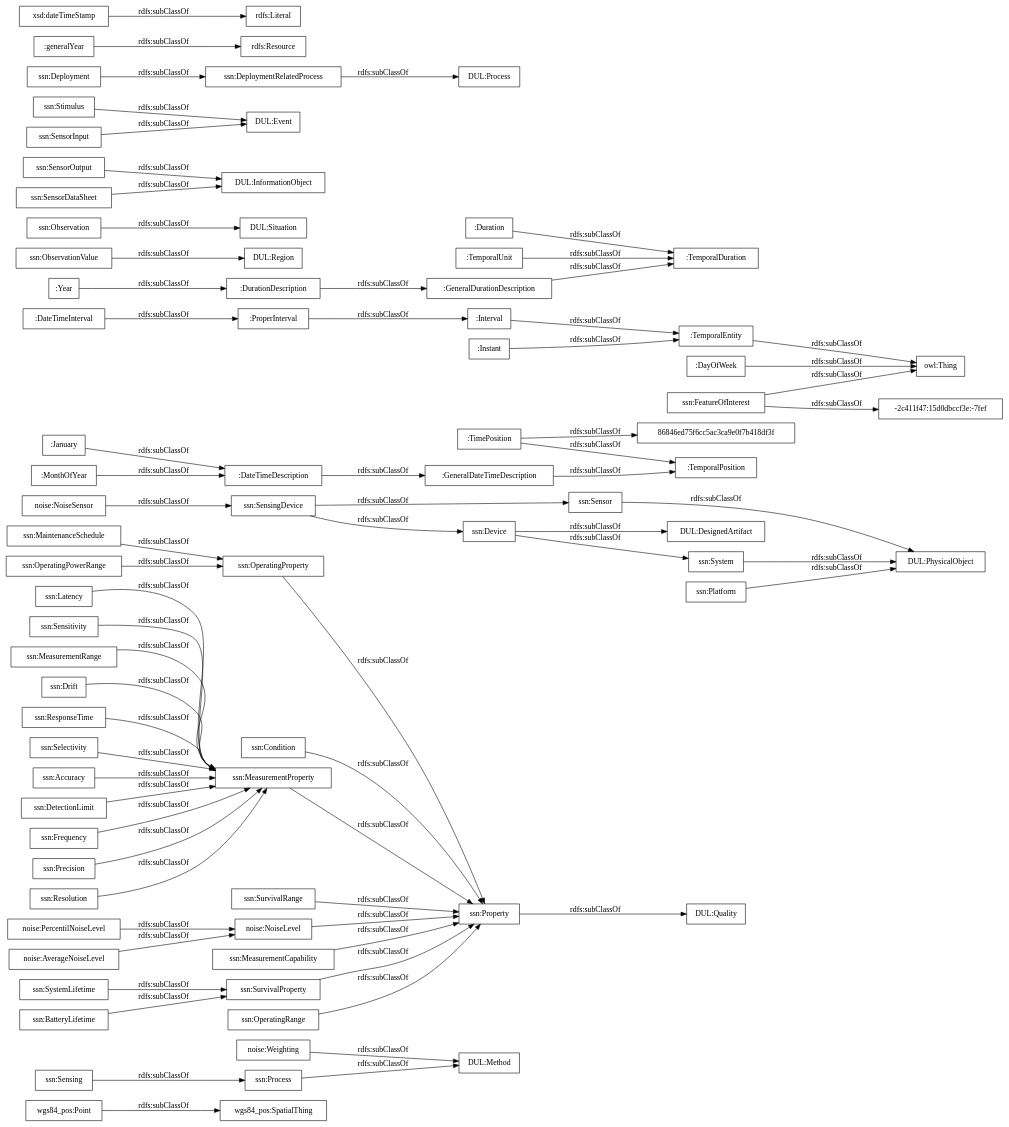
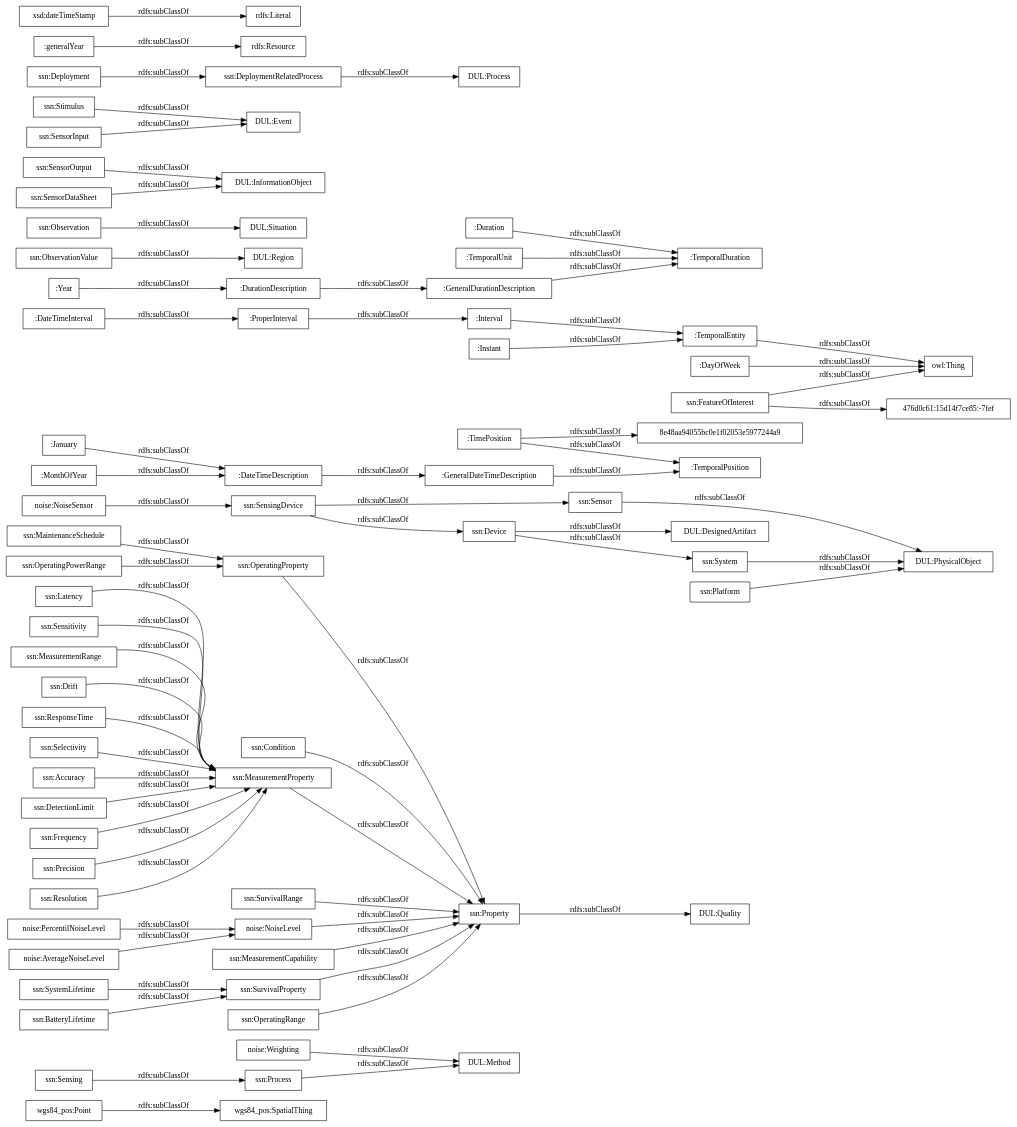
The diagram in OnToology/contaminacion-acustica.owl/diagrams/ar2dtool-taxonomy/contaminacion-acustica.owl.png.dot (opencitydata/vocab-medio-ambiente-contaminacion-acustica), drawn with Graphviz before and after one commit. The commit also changed 11 other files, not shown here.

```diff
--- a/OnToology/contaminacion-acustica.owl/diagrams/ar2dtool-taxonomy/contaminacion-acustica.owl.png.dot
+++ b/OnToology/contaminacion-acustica.owl/diagrams/ar2dtool-taxonomy/contaminacion-acustica.owl.png.dot
@@ -1,73 +1,73 @@
 digraph ar2dtool_diagram { 
 rankdir=LR;
 size="1000"
-node [shape = rectangle, color="black"]; "wgs84_pos:SpatialThing" "wgs84_pos:Point" "noise:Weighting" "noise:PercentilNoiseLevel" "noise:NoiseSensor" "noise:NoiseLevel" "noise:AverageNoiseLevel" ":GeneralDateTimeDescription" ":DateTimeInterval" ":DurationDescription" ":TemporalDuration" ":Duration" ":GeneralDurationDescription" ":January" ":ProperInterval" ":TimePosition" ":TemporalPosition" ":Interval" ":TemporalEntity" "86846ed75f6cc5ac3ca9e0f7b418df3f" ":Year" ":MonthOfYear" ":DateTimeDescription" ":TemporalUnit" ":Instant" ":DayOfWeek" "ssn:Accuracy" "ssn:DetectionLimit" "ssn:Frequency" "ssn:Condition" "DUL:Region" "DUL:Situation" "DUL:PhysicalObject" "ssn:SensorOutput" "-2c411f47:15d0dbccf3e:-7fef" "ssn:Precision" "ssn:Resolution" "DUL:Quality" "ssn:FeatureOfInterest" "ssn:Sensor" "DUL:InformationObject" "ssn:OperatingProperty" "DUL:Event" "ssn:OperatingPowerRange" "DUL:Method" "ssn:MaintenanceSchedule" "ssn:Sensing" "ssn:Latency" "ssn:SurvivalRange" "ssn:SensingDevice" "DUL:DesignedArtifact" "ssn:Sensitivity" "ssn:Stimulus" "DUL:Process" "ssn:MeasurementRange" "ssn:System" "ssn:SystemLifetime" "ssn:Property" "ssn:MeasurementProperty" "ssn:Process" "ssn:Deployment" "ssn:MeasurementCapability" "ssn:BatteryLifetime" "ssn:Drift" "ssn:DeploymentRelatedProcess" "ssn:SensorInput" "ssn:ResponseTime" "ssn:ObservationValue" "ssn:SensorDataSheet" "ssn:Observation" "ssn:Selectivity" "ssn:SurvivalProperty" "ssn:Device" "ssn:OperatingRange" "ssn:Platform" ; /*classes style*/
+node [shape = rectangle, color="black"]; "wgs84_pos:SpatialThing" "wgs84_pos:Point" "noise:Weighting" "noise:PercentilNoiseLevel" "noise:NoiseSensor" "noise:NoiseLevel" "noise:AverageNoiseLevel" ":GeneralDateTimeDescription" ":DateTimeInterval" ":DurationDescription" "8e48aa94055bc0e1f02053e5977244a9" ":TemporalDuration" ":Duration" ":GeneralDurationDescription" ":January" ":ProperInterval" ":TimePosition" ":TemporalPosition" ":Interval" ":TemporalEntity" ":Year" ":MonthOfYear" ":DateTimeDescription" ":TemporalUnit" ":Instant" ":DayOfWeek" "ssn:Accuracy" "ssn:DetectionLimit" "ssn:Frequency" "ssn:Condition" "DUL:Region" "DUL:Situation" "DUL:PhysicalObject" "ssn:SensorOutput" "ssn:Precision" "ssn:Resolution" "DUL:Quality" "ssn:FeatureOfInterest" "ssn:Sensor" "DUL:InformationObject" "476d0c61:15d14f7ce85:-7fef" "ssn:OperatingProperty" "DUL:Event" "ssn:OperatingPowerRange" "DUL:Method" "ssn:MaintenanceSchedule" "ssn:Sensing" "ssn:Latency" "ssn:SurvivalRange" "ssn:SensingDevice" "DUL:DesignedArtifact" "ssn:Sensitivity" "ssn:Stimulus" "DUL:Process" "ssn:MeasurementRange" "ssn:System" "ssn:SystemLifetime" "ssn:Property" "ssn:MeasurementProperty" "ssn:Process" "ssn:Deployment" "ssn:MeasurementCapability" "ssn:BatteryLifetime" "ssn:Drift" "ssn:DeploymentRelatedProcess" "ssn:SensorInput" "ssn:ResponseTime" "ssn:ObservationValue" "ssn:SensorDataSheet" "ssn:Observation" "ssn:Selectivity" "ssn:SurvivalProperty" "ssn:Device" "ssn:OperatingRange" "ssn:Platform" ; /*classes style*/
 	":DateTimeDescription" -> ":GeneralDateTimeDescription" [ label = "rdfs:subClassOf" ];
 	"noise:AverageNoiseLevel" -> "noise:NoiseLevel" [ label = "rdfs:subClassOf" ];
 	"ssn:Deployment" -> "ssn:DeploymentRelatedProcess" [ label = "rdfs:subClassOf" ];
 	"ssn:SensingDevice" -> "ssn:Sensor" [ label = "rdfs:subClassOf" ];
 	"ssn:SensingDevice" -> "ssn:Device" [ label = "rdfs:subClassOf" ];
 	"ssn:DeploymentRelatedProcess" -> "DUL:Process" [ label = "rdfs:subClassOf" ];
 	"ssn:Accuracy" -> "ssn:MeasurementProperty" [ label = "rdfs:subClassOf" ];
 	":Instant" -> ":TemporalEntity" [ label = "rdfs:subClassOf" ];
 	"ssn:FeatureOfInterest" -> "owl:Thing" [ label = "rdfs:subClassOf" ];
-	"ssn:FeatureOfInterest" -> "-2c411f47:15d0dbccf3e:-7fef" [ label = "rdfs:subClassOf" ];
+	"ssn:FeatureOfInterest" -> "476d0c61:15d14f7ce85:-7fef" [ label = "rdfs:subClassOf" ];
 	"ssn:Latency" -> "ssn:MeasurementProperty" [ label = "rdfs:subClassOf" ];
 	"ssn:Process" -> "DUL:Method" [ label = "rdfs:subClassOf" ];
 	"noise:Weighting" -> "DUL:Method" [ label = "rdfs:subClassOf" ];
 	":ProperInterval" -> ":Interval" [ label = "rdfs:subClassOf" ];
 	"ssn:Property" -> "DUL:Quality" [ label = "rdfs:subClassOf" ];
 	"ssn:MeasurementProperty" -> "ssn:Property" [ label = "rdfs:subClassOf" ];
 	"wgs84_pos:Point" -> "wgs84_pos:SpatialThing" [ label = "rdfs:subClassOf" ];
 	":MonthOfYear" -> ":DateTimeDescription" [ label = "rdfs:subClassOf" ];
 	"ssn:ResponseTime" -> "ssn:MeasurementProperty" [ label = "rdfs:subClassOf" ];
 	"ssn:OperatingRange" -> "ssn:Property" [ label = "rdfs:subClassOf" ];
 	"noise:NoiseLevel" -> "ssn:Property" [ label = "rdfs:subClassOf" ];
 	"ssn:MeasurementRange" -> "ssn:MeasurementProperty" [ label = "rdfs:subClassOf" ];
 	"ssn:Stimulus" -> "DUL:Event" [ label = "rdfs:subClassOf" ];
 	":Duration" -> ":TemporalDuration" [ label = "rdfs:subClassOf" ];
 	"ssn:SurvivalProperty" -> "ssn:Property" [ label = "rdfs:subClassOf" ];
 	"ssn:MaintenanceSchedule" -> "ssn:OperatingProperty" [ label = "rdfs:subClassOf" ];
 	"ssn:SensorInput" -> "DUL:Event" [ label = "rdfs:subClassOf" ];
-	":TimePosition" -> "86846ed75f6cc5ac3ca9e0f7b418df3f" [ label = "rdfs:subClassOf" ];
+	":TimePosition" -> "8e48aa94055bc0e1f02053e5977244a9" [ label = "rdfs:subClassOf" ];
 	":TimePosition" -> ":TemporalPosition" [ label = "rdfs:subClassOf" ];
 	":TemporalEntity" -> "owl:Thing" [ label = "rdfs:subClassOf" ];
 	"ssn:Sensitivity" -> "ssn:MeasurementProperty" [ label = "rdfs:subClassOf" ];
 	"ssn:Drift" -> "ssn:MeasurementProperty" [ label = "rdfs:subClassOf" ];
 	"ssn:System" -> "DUL:PhysicalObject" [ label = "rdfs:subClassOf" ];
 	":GeneralDurationDescription" -> ":TemporalDuration" [ label = "rdfs:subClassOf" ];
 	"ssn:Resolution" -> "ssn:MeasurementProperty" [ label = "rdfs:subClassOf" ];
 	"ssn:Precision" -> "ssn:MeasurementProperty" [ label = "rdfs:subClassOf" ];
 	"noise:PercentilNoiseLevel" -> "noise:NoiseLevel" [ label = "rdfs:subClassOf" ];
 	"ssn:DetectionLimit" -> "ssn:MeasurementProperty" [ label = "rdfs:subClassOf" ];
 	":DateTimeInterval" -> ":ProperInterval" [ label = "rdfs:subClassOf" ];
 	"ssn:Sensor" -> "DUL:PhysicalObject" [ label = "rdfs:subClassOf" ];
 	"ssn:SensorDataSheet" -> "DUL:InformationObject" [ label = "rdfs:subClassOf" ];
 	"ssn:OperatingPowerRange" -> "ssn:OperatingProperty" [ label = "rdfs:subClassOf" ];
 	"noise:NoiseSensor" -> "ssn:SensingDevice" [ label = "rdfs:subClassOf" ];
 	":Interval" -> ":TemporalEntity" [ label = "rdfs:subClassOf" ];
 	":GeneralDateTimeDescription" -> ":TemporalPosition" [ label = "rdfs:subClassOf" ];
 	":January" -> ":DateTimeDescription" [ label = "rdfs:subClassOf" ];
 	"ssn:ObservationValue" -> "DUL:Region" [ label = "rdfs:subClassOf" ];
 	":DayOfWeek" -> "owl:Thing" [ label = "rdfs:subClassOf" ];
 	"ssn:Device" -> "DUL:DesignedArtifact" [ label = "rdfs:subClassOf" ];
 	"ssn:Device" -> "ssn:System" [ label = "rdfs:subClassOf" ];
 	"ssn:Platform" -> "DUL:PhysicalObject" [ label = "rdfs:subClassOf" ];
 	":Year" -> ":DurationDescription" [ label = "rdfs:subClassOf" ];
 	":DurationDescription" -> ":GeneralDurationDescription" [ label = "rdfs:subClassOf" ];
 	"ssn:OperatingProperty" -> "ssn:Property" [ label = "rdfs:subClassOf" ];
 	":generalYear" -> "rdfs:Resource" [ label = "rdfs:subClassOf" ];
 	"ssn:Selectivity" -> "ssn:MeasurementProperty" [ label = "rdfs:subClassOf" ];
 	"ssn:BatteryLifetime" -> "ssn:SurvivalProperty" [ label = "rdfs:subClassOf" ];
 	":TemporalUnit" -> ":TemporalDuration" [ label = "rdfs:subClassOf" ];
 	"ssn:Observation" -> "DUL:Situation" [ label = "rdfs:subClassOf" ];
 	"ssn:Sensing" -> "ssn:Process" [ label = "rdfs:subClassOf" ];
 	"ssn:SystemLifetime" -> "ssn:SurvivalProperty" [ label = "rdfs:subClassOf" ];
 	"ssn:SurvivalRange" -> "ssn:Property" [ label = "rdfs:subClassOf" ];
 	"ssn:Frequency" -> "ssn:MeasurementProperty" [ label = "rdfs:subClassOf" ];
 	"ssn:SensorOutput" -> "DUL:InformationObject" [ label = "rdfs:subClassOf" ];
 	"ssn:Condition" -> "ssn:Property" [ label = "rdfs:subClassOf" ];
 	"xsd:dateTimeStamp" -> "rdfs:Literal" [ label = "rdfs:subClassOf" ];
 	"ssn:MeasurementCapability" -> "ssn:Property" [ label = "rdfs:subClassOf" ];
 
 }
```
